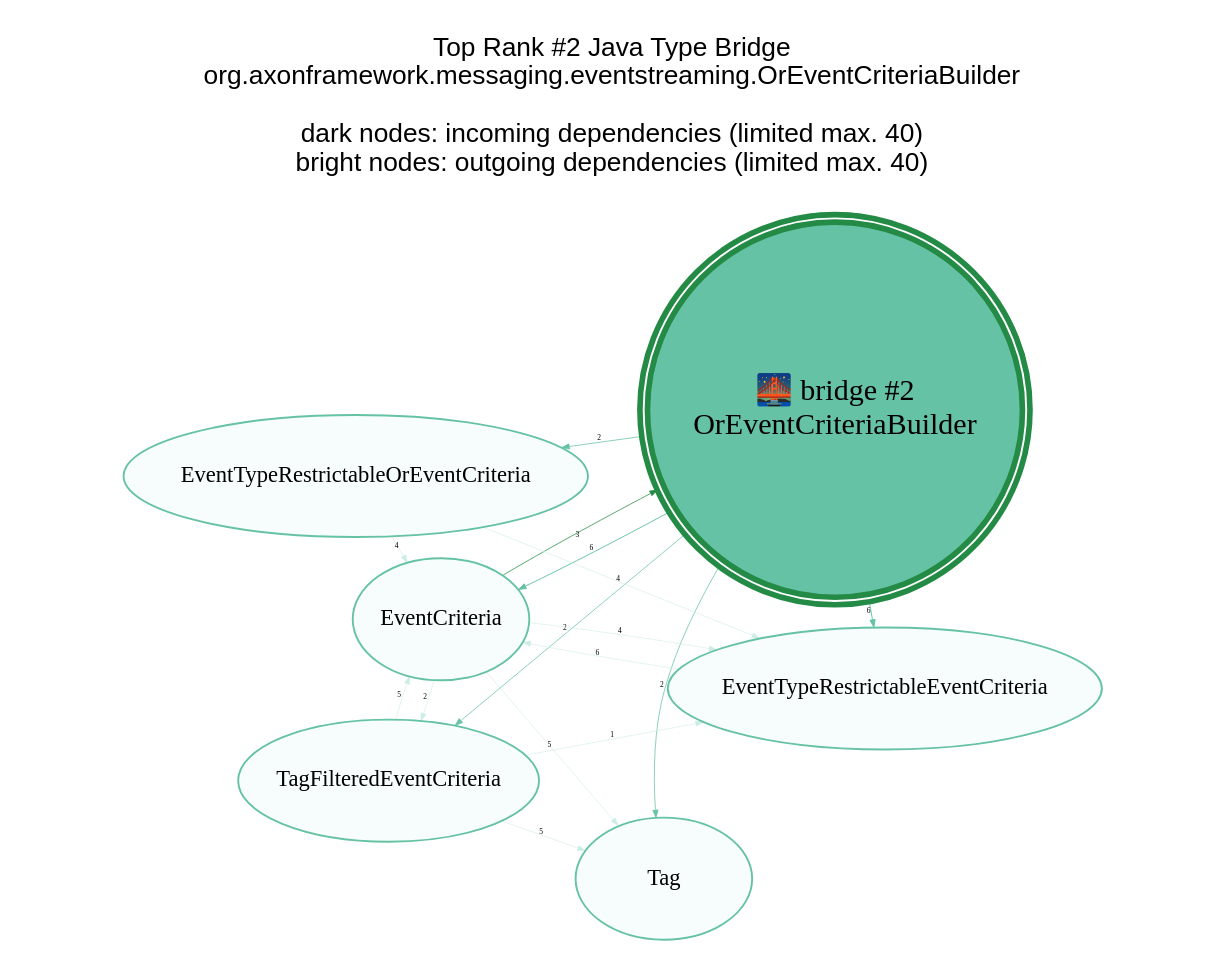
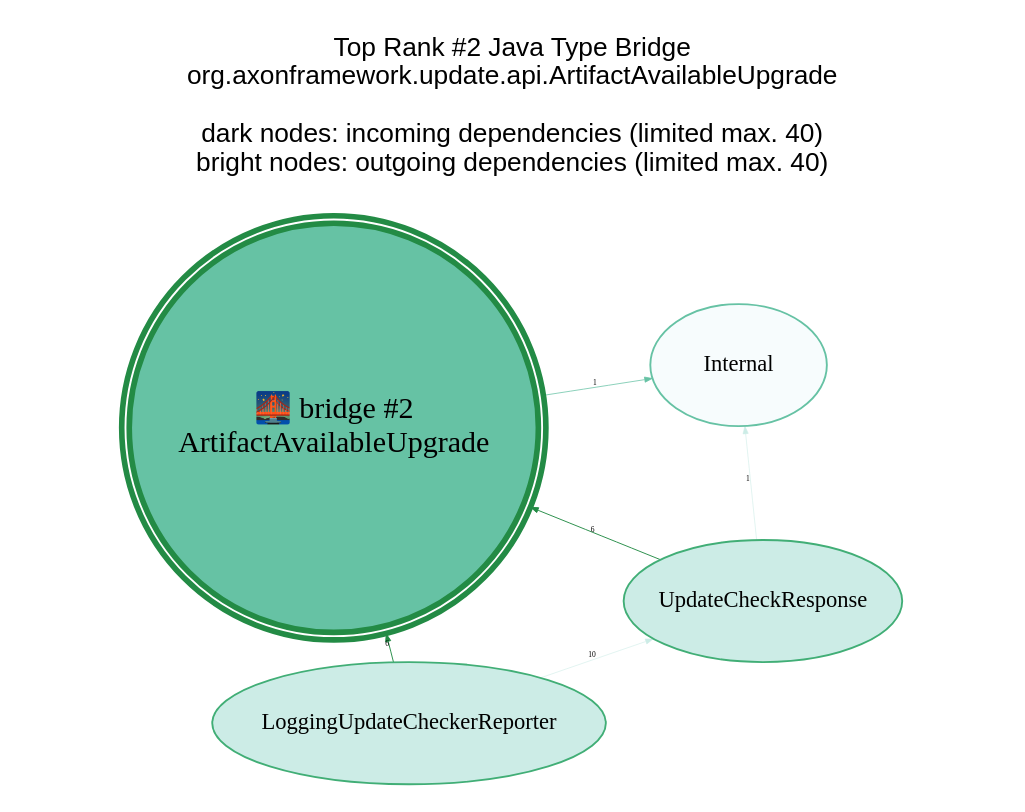
The diagram in analysis-results/AxonFramework/latest/anomaly-detection/Java_Type/GraphVisualizations/graphviz/TopBridge2.gv (JohT/code-graph-analysis-examples), drawn with Graphviz before and after one commit. The commit also changed 853 other files, not shown here.

```diff
--- a/analysis-results/AxonFramework/latest/anomaly-detection/Java_Type/GraphVisualizations/graphviz/TopBridge2.gv
+++ b/analysis-results/AxonFramework/latest/anomaly-detection/Java_Type/GraphVisualizations/graphviz/TopBridge2.gv
@@ -1,32 +1,22 @@
 // This GraphViz dot file was generated by the script convertQueryResultCsvToGraphVizDotFile.sh with TopCentral.template
 
 strict digraph TopBridge2 {
     graph [layout = "fdp"; start = "7"; splines = "spline"; pad = "0.8,0.1"; outputorder = "edgesfirst";];
     graph [fontname = "Helvetica,Arial,sans-serif"; labelloc = "t";];
     node [colorscheme = "bugn9"; color = 6; fillcolor = 3;];
     edge [colorscheme = "bugn9"; color = 7;];
     node [fontsize = 12; style = "filled"; margin = "0.03,0.03"; width="1.3"; height="0.9";];
     edge [fontsize = 4; arrowsize = "0.4";];
 
     central [shape = "doublecircle"; height = "2.0"; margin = "0.000001,0.000001";];
     central [fontsize = 16;];
     central [color = 7; fillcolor = 5; penwidth = 3;];
 
-	graph   [label="Top Rank #2 Java Type Bridge\norg.axonframework.messaging.eventstreaming.OrEventCriteriaBuilder\n\ndark nodes: incoming dependencies (limited max. 40)\nbright nodes: outgoing dependencies (limited max. 40)\n\n"];
-	central [label="🌉 bridge #2\nOrEventCriteriaBuilder"];
-	"EventCriteria_8409" [label = "EventCriteria"; ]; "EventCriteria_8409" -> central [label=3; weight=3; penwidth=0.4];
-	"EventCriteria_8409" [label = "EventCriteria"; color = 5; fillcolor = 1; ]; central -> "EventCriteria_8409" [label=6; weight=6; penwidth=0.5; color = 5];
-	"EventTypeRestrictableEventCriteria_8415" [label = "EventTypeRestrictableEventCriteria"; color = 5; fillcolor = 1; ]; central -> "EventTypeRestrictableEventCriteria_8415" [label=6; weight=6; penwidth=0.5; color = 5];
-	"EventTypeRestrictableOrEventCriteria_12557" [label = "EventTypeRestrictableOrEventCriteria"; color = 5; fillcolor = 1; ]; central -> "EventTypeRestrictableOrEventCriteria_12557" [label=2; weight=2; penwidth=0.4; color = 5];
-	"Tag_12153" [label = "Tag"; color = 5; fillcolor = 1; ]; central -> "Tag_12153" [label=2; weight=2; penwidth=0.4; color = 5];
-	"TagFilteredEventCriteria_12155" [label = "TagFilteredEventCriteria"; color = 5; fillcolor = 1; ]; central -> "TagFilteredEventCriteria_12155" [label=2; weight=2; penwidth=0.4; color = 5];
-	"EventTypeRestrictableEventCriteria_8415" -> "EventCriteria_8409" [label=6; weight=6; penwidth=0.3; color = 3]
-	"EventCriteria_8409" -> "Tag_12153" [label=5; weight=5; penwidth=0.3; color = 3]
-	"TagFilteredEventCriteria_12155" -> "EventCriteria_8409" [label=5; weight=5; penwidth=0.3; color = 3]
-	"TagFilteredEventCriteria_12155" -> "Tag_12153" [label=5; weight=5; penwidth=0.3; color = 3]
-	"EventCriteria_8409" -> "EventTypeRestrictableEventCriteria_8415" [label=4; weight=4; penwidth=0.3; color = 3]
-	"EventTypeRestrictableOrEventCriteria_12557" -> "EventTypeRestrictableEventCriteria_8415" [label=4; weight=4; penwidth=0.3; color = 3]
-	"EventTypeRestrictableOrEventCriteria_12557" -> "EventCriteria_8409" [label=4; weight=4; penwidth=0.3; color = 3]
-	"EventCriteria_8409" -> "TagFilteredEventCriteria_12155" [label=2; weight=2; penwidth=0.3; color = 3]
-	"TagFilteredEventCriteria_12155" -> "EventTypeRestrictableEventCriteria_8415" [label=1; weight=1; penwidth=0.3; color = 3]
+	graph   [label="Top Rank #2 Java Type Bridge\norg.axonframework.update.api.ArtifactAvailableUpgrade\n\ndark nodes: incoming dependencies (limited max. 40)\nbright nodes: outgoing dependencies (limited max. 40)\n\n"];
+	central [label="🌉 bridge #2\nArtifactAvailableUpgrade"];
+	"LoggingUpdateCheckerReporter_39045" [label = "LoggingUpdateCheckerReporter"; ]; "LoggingUpdateCheckerReporter_39045" -> central [label=6; weight=6; penwidth=0.5];
+	"UpdateCheckResponse_39660" [label = "UpdateCheckResponse"; ]; "UpdateCheckResponse_39660" -> central [label=6; weight=6; penwidth=0.5];
+	"Internal_4198" [label = "Internal"; color = 5; fillcolor = 1; ]; central -> "Internal_4198" [label=1; weight=1; penwidth=0.4; color = 5];
+	"LoggingUpdateCheckerReporter_39045" -> "UpdateCheckResponse_39660" [label=10; weight=10; penwidth=0.3; color = 3]
+	"UpdateCheckResponse_39660" -> "Internal_4198" [label=1; weight=1; penwidth=0.3; color = 3]
 }
```
